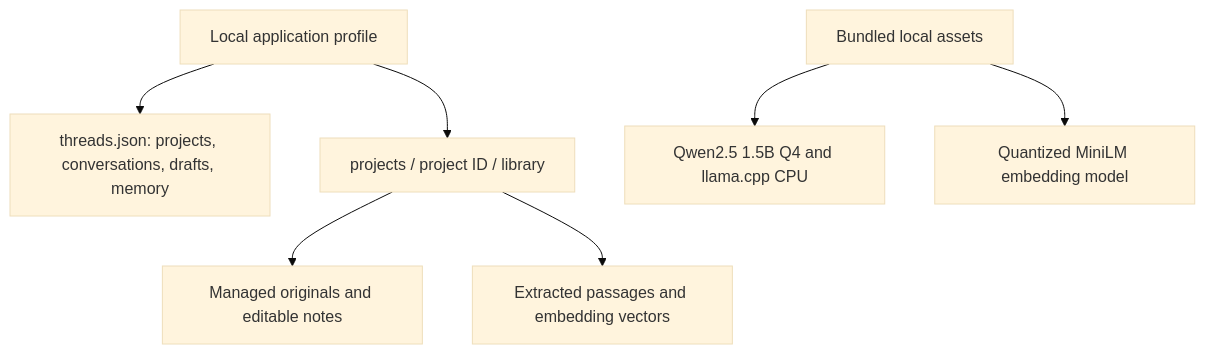
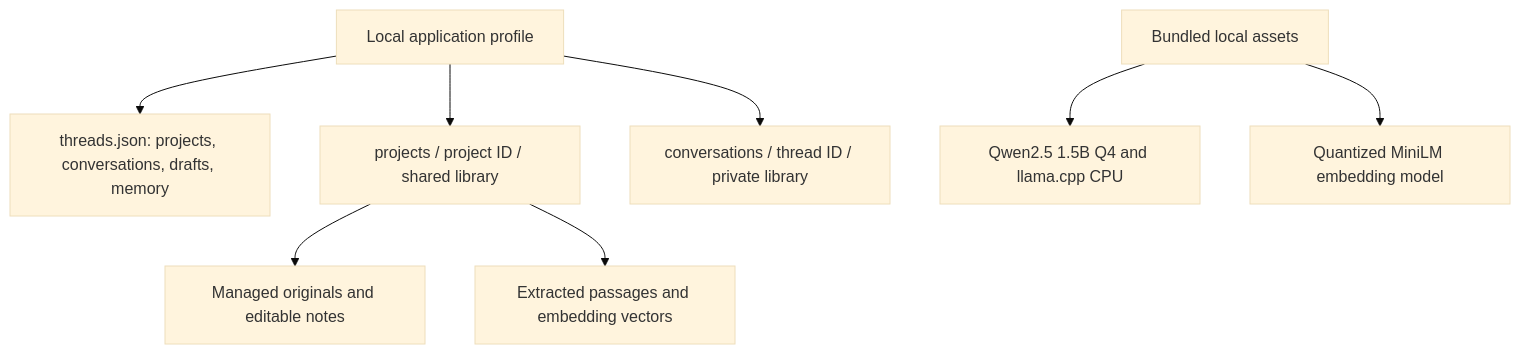
One commit to celestialcactus/Clue changed the second of 2 diagrams in README.md. Above: the diagram before and after it, drawn with Mermaid (base theme). The commit also changed other lines of this file and 13 other files, not shown here.

````diff
--- a/README.md
+++ b/README.md
@@ -78,9 +82,10 @@
 ```mermaid
 flowchart TD
     PROFILE[Local application profile] --> THREADS[threads.json: projects, conversations, drafts, memory]
-    PROFILE --> PROJECTS[projects / project ID / library]
+    PROFILE --> PROJECTS[projects / project ID / shared library]
+    PROFILE --> PRIVATE[conversations / thread ID / private library]
     PROJECTS --> FILES[Managed originals and editable notes]
     PROJECTS --> INDEX[Extracted passages and embedding vectors]
     ASSETS[Bundled local assets] --> QWEN[Qwen2.5 1.5B Q4 and llama.cpp CPU]
     ASSETS --> MINI[Quantized MiniLM embedding model]
 ```
````
